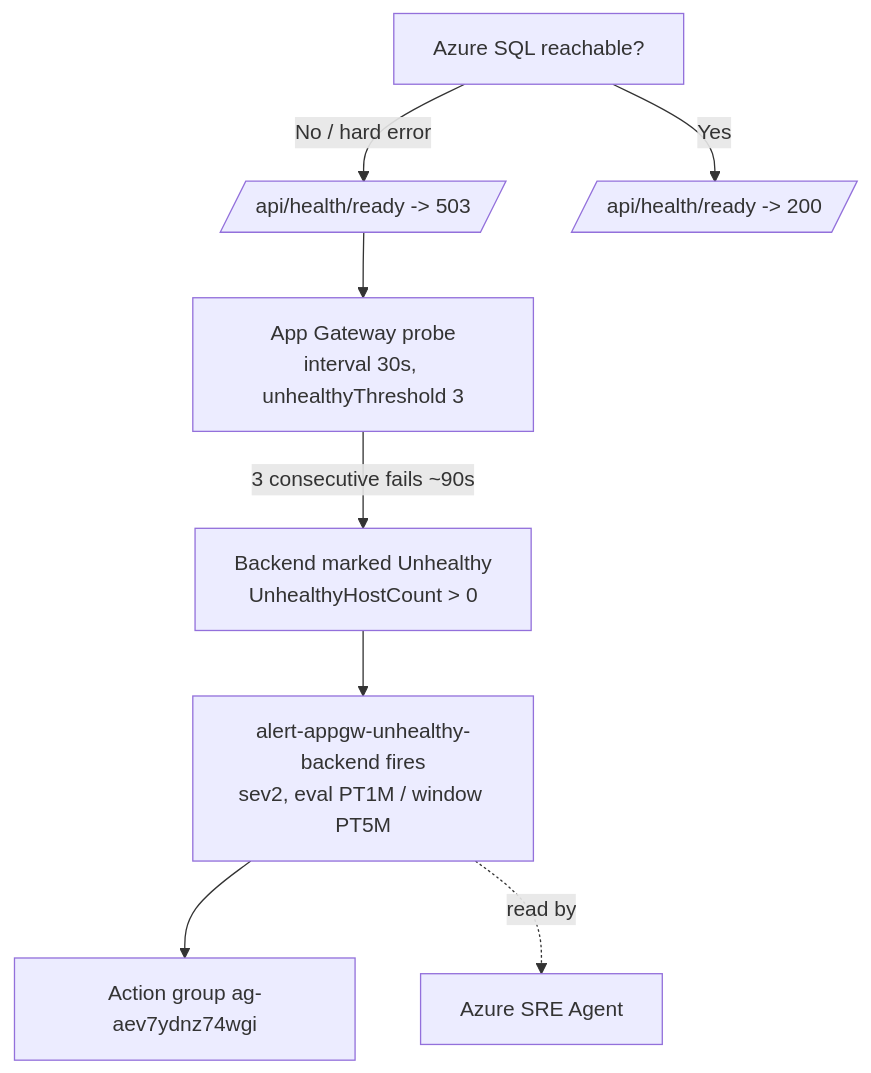
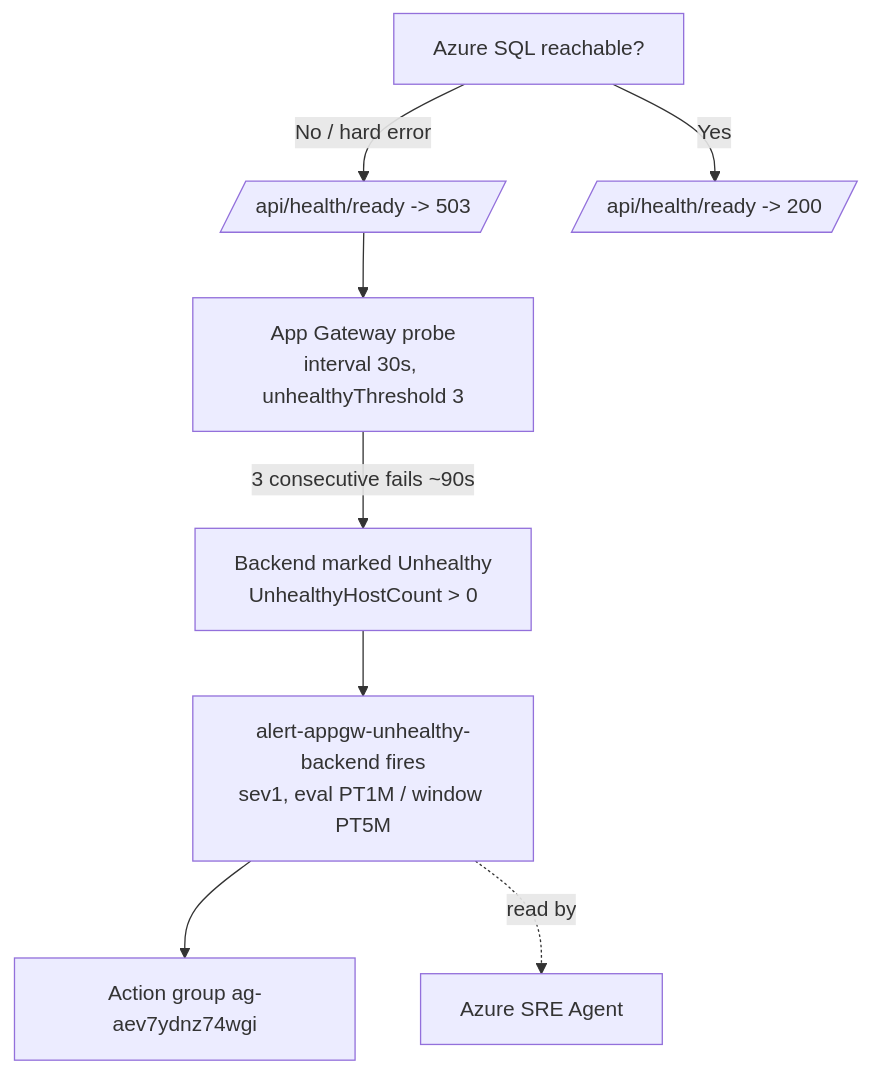
Before and after one commit to jvivek2k1/NSE_Results_Screener_V2: the second of 2 diagrams in docs/ARCHITECTURE.md, drawn with Mermaid. The commit also changed 3 other files, not shown here.

````diff
--- a/docs/ARCHITECTURE.md
+++ b/docs/ARCHITECTURE.md
@@ -132,10 +132,10 @@
 ```mermaid
 flowchart TD
     DB[Azure SQL reachable?] -->|No / hard error| R503[/api/health/ready -> 503/]
     DB -->|Yes| R200[/api/health/ready -> 200/]
     R503 --> P[App Gateway probe<br/>interval 30s, unhealthyThreshold 3]
     P -->|3 consecutive fails ~90s| UH[Backend marked Unhealthy<br/>UnhealthyHostCount > 0]
-    UH --> AL[alert-appgw-unhealthy-backend fires<br/>sev2, eval PT1M / window PT5M]
+    UH --> AL[alert-appgw-unhealthy-backend fires<br/>sev1, eval PT1M / window PT5M]
     AL --> AGGRP[Action group ag-aev7ydnz74wgi]
     AL -.read by.-> SRE[Azure SRE Agent]
 ```
````
